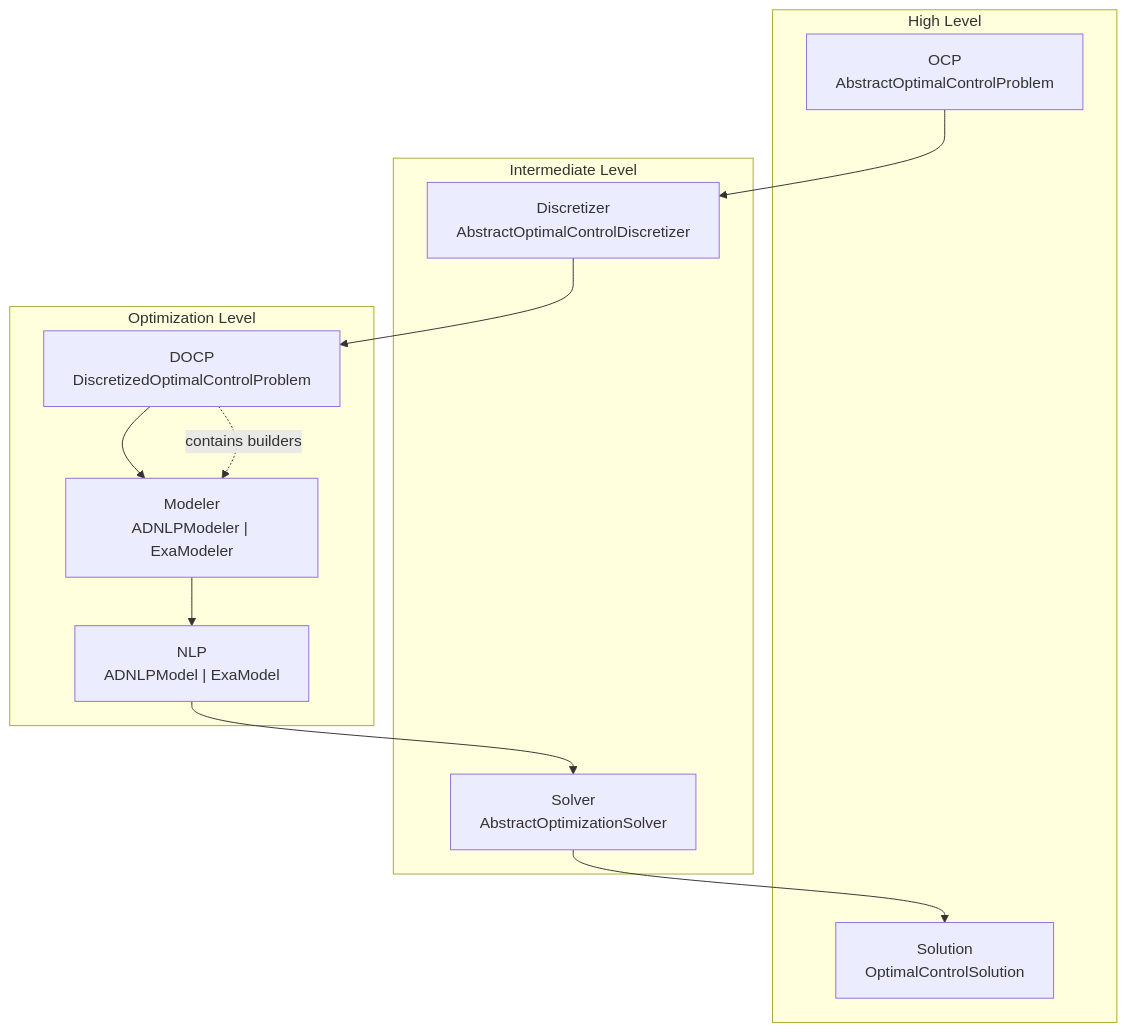
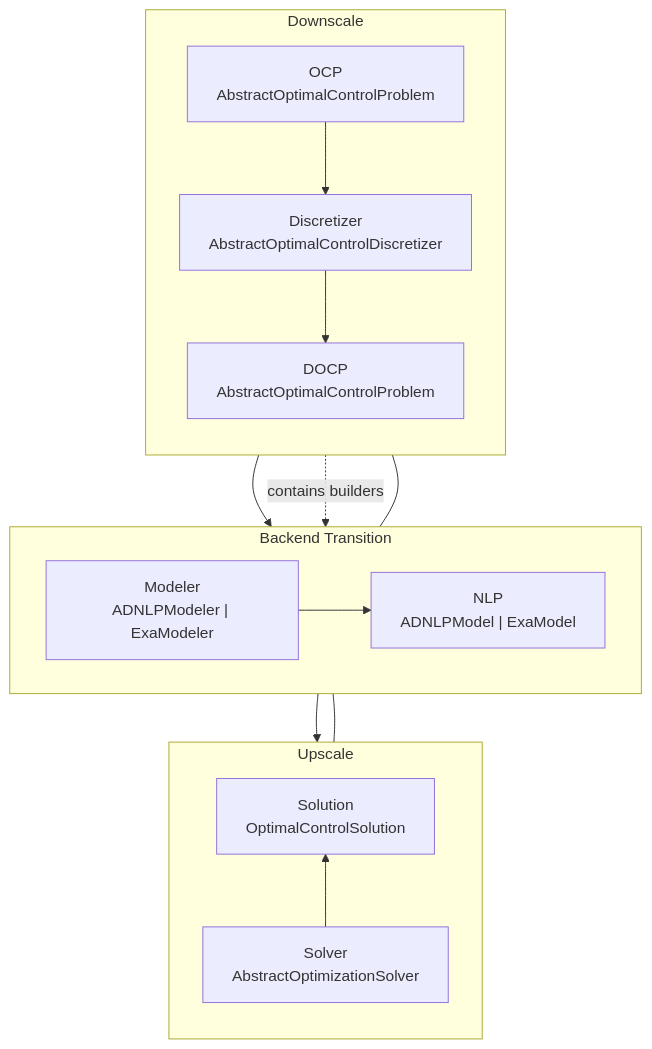
Before and after one commit to control-toolbox/CTModels.jl: the diagram in reports/2026-01-27_DOCP/analysis/00_docp_architecture_audit.md, drawn with Mermaid. The commit also changed 2 other files, not shown here.

Commit message:
✅ feat: Complete Phase 3 - Final test structure optimization
Phase 3 - Optimizations (Final):

✅ Action 3.1: Analyze and relocate test_types.jl
- Analyzed content: tests abstract type hierarchies
- Decision: Move to meta/ (tests global architecture)
- Executed: git mv test/suite/types/test_types.jl test/suite/meta/
- Cleanup: Removed empty types/ directory

⏸️ Action 3.2: Analyze test_docp.jl decomposition
- Size: 417 lines, 18KB
- Threshold: 25KB recommended for decomposition
- Decision: Keep as-is (manageable size, well-structured)
- Status: No action needed

📊 FINAL STRUCTURE:
- 14 test directories (removed types/, kept 14 aligned)
- 11 modules perfectly aligned with sources
- 3 special directories (meta, integration, extensions)
- 100% orthogonality maintained

🎯 COMPLETE IMPLEMENTATION:
- Phase 1 (Critical): 100% ✅
- Phase 2 (Structural): 100% ✅
- Phase 3 (Optimizations): 100% ✅
- All tests passing ✅

Perfect test/source orthogonality achieved with professional
architecture ready for production

````diff
--- a/reports/2026-01-27_DOCP/analysis/00_docp_architecture_audit.md
+++ b/reports/2026-01-27_DOCP/analysis/00_docp_architecture_audit.md
@@ -43,45 +43,46 @@
 ```mermaid
 flowchart TD
-    %% High-level
-    OCP["OCP<br/>AbstractOptimalControlProblem"] 
+    %% Left branch (Down)
+    OCP["OCP<br/>AbstractOptimalControlProblem"]
+    DISC["Discretizer<br/>AbstractOptimalControlDiscretizer"]
+    DOCP["DOCP<br/>AbstractOptimalControlProblem"]
+
+    %% Bottom (Horizontal-ish)
+    MOD["Modeler<br/>ADNLPModeler | ExaModeler"]
+    NLP["NLP<br/>ADNLPModel | ExaModel"]
+
+    %% Right branch (Up)
+    SOLV["Solver<br/>AbstractOptimizationSolver"]
     SOL["Solution<br/>OptimalControlSolution"]
 
-    %% Intermediate
-    DISC["Discretizer<br/>AbstractOptimalControlDiscretizer"]
-    SOLV["Solver<br/>AbstractOptimizationSolver"]
-
-    %% Low-level
-    DOCP["DOCP<br/>DiscretizedOptimalControlProblem"]
-    NLP["NLP<br/>ADNLPModel | ExaModel"]
-    
-    %% Bottom / Core
-    MOD["Modeler<br/>ADNLPModeler | ExaModeler"]
-
-    %% Down path
-    OCP  --> DISC
-    DISC --> DOCP
-    DOCP --> MOD
-
-    %% Up path
-    MOD  --> NLP
-    NLP  --> SOLV
-    SOLV --> SOL
+    %% Connections
+    OCP --> DISC --> DOCP
+    DOCP --> MOD --> NLP
+    NLP --> SOLV --> SOL
 
     %% Cross-reference
     DOCP -.->|"contains builders"| MOD
 
     %% Layout hints
-    subgraph "High Level"
+    subgraph Down ["Downscale"]
+        direction TB
         OCP
+        DISC
+        DOCP
+    end
+    
+    subgraph Bottom ["Backend Transition"]
+        direction LR
+        MOD
+        NLP
+    end
+
+    subgraph Up ["Upscale"]
+        direction BT
+        SOLV
         SOL
     end
-    subgraph "Intermediate Level"
-        DISC
-        SOLV
-    end
-    subgraph "Optimization Level"
-        DOCP
-        NLP
-        MOD
-    end
+    
+    %% Adjust positions for U-shape
+    Down --- Bottom --- Up
 ```
````
